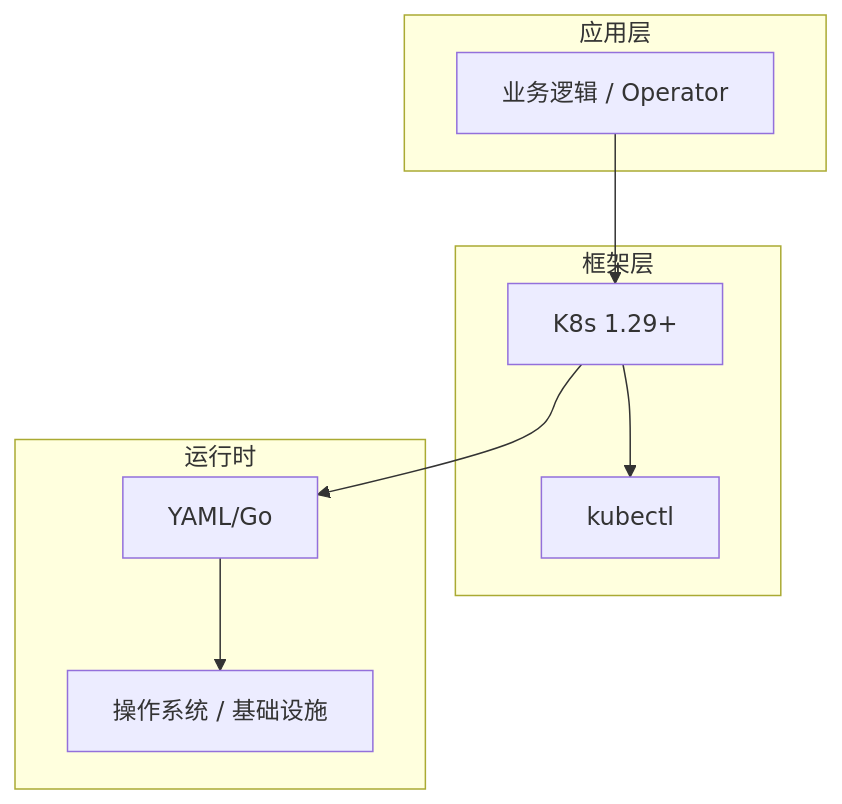
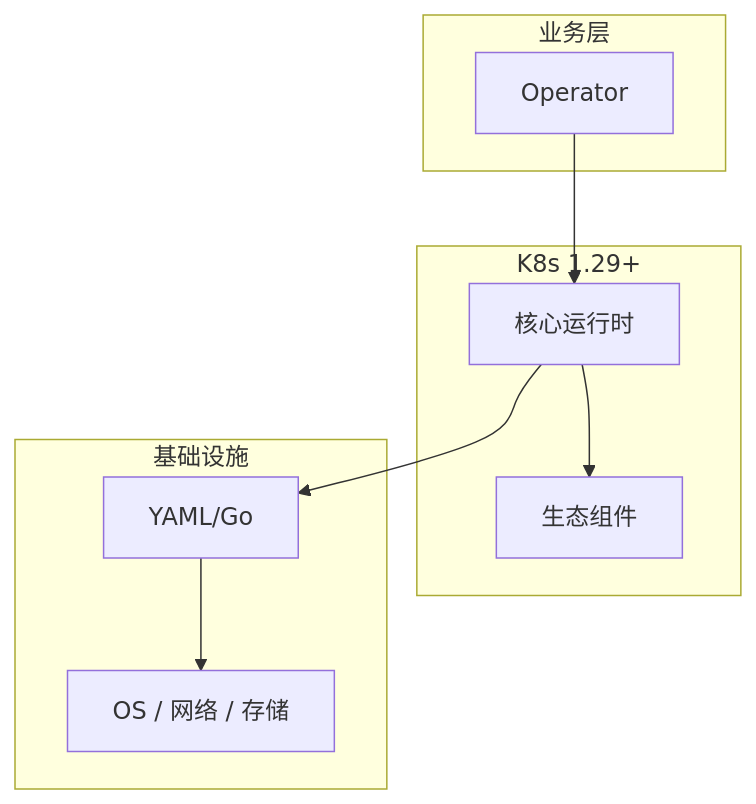
The diagram in articles/Kubernetes/chapters/153-Operator核心概念与原理.md (yanggan2015/knowledge-json-v2), drawn with Mermaid before and after one commit. The commit also changed other lines of this file and 10127 other files, not shown here.

````diff
--- a/articles/Kubernetes/chapters/153-Operator核心概念与原理.md
+++ b/articles/Kubernetes/chapters/153-Operator核心概念与原理.md
@@ -45,18 +34,18 @@
 ```mermaid
 graph TB
-    subgraph 应用层
-        A[业务逻辑 / Operator]
+    subgraph 业务层
+        A[Operator]
     end
-    subgraph 框架层
-        B[K8s 1.29+]
-        C[kubectl]
+    subgraph K8s 1.29+
+        B[核心运行时]
+        C[生态组件]
     end
-    subgraph 运行时
+    subgraph 基础设施
         D[YAML/Go]
-        E[操作系统 / 基础设施]
+        E[OS / 网络 / 存储]
     end
     A --> B
     B --> C
     B --> D
     D --> E
 ```
````
